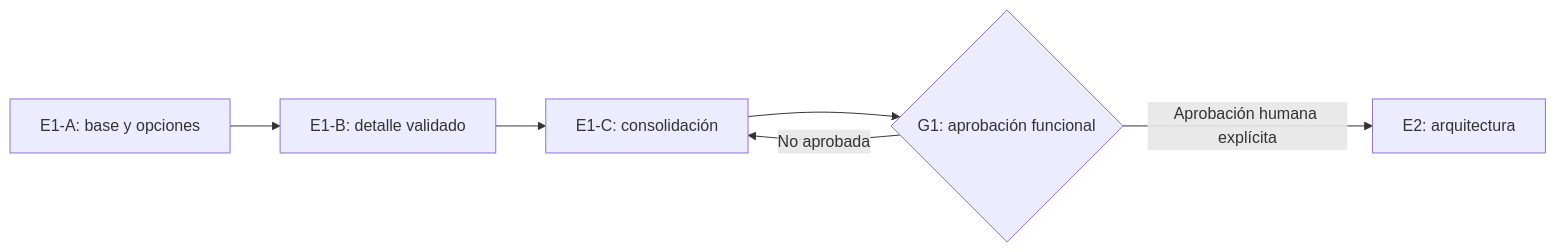
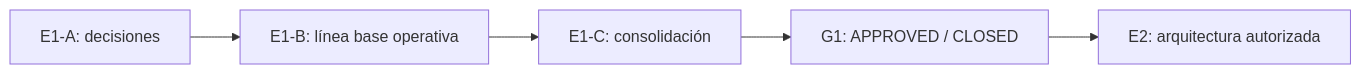
The diagram in docs/e1/00-e1-plan-and-status.md (Sherydans12/Admision-Edupay), drawn with Mermaid before and after one commit. The commit also changed other lines of this file and 16 other files, not shown here.

````diff
--- a/docs/e1/00-e1-plan-and-status.md
+++ b/docs/e1/00-e1-plan-and-status.md
@@ -39,8 +36,7 @@
 ```mermaid
 flowchart LR
-    A["E1-A: base y opciones"] --> B["E1-B: detalle validado"]
+    A["E1-A: decisiones"] --> B["E1-B: línea base operativa"]
     B --> C["E1-C: consolidación"]
-    C --> G1{"G1: aprobación funcional"}
-    G1 -->|No aprobada| C
-    G1 -->|Aprobación humana explícita| E2["E2: arquitectura"]
+    C --> G1["G1: APPROVED / CLOSED"]
+    G1 --> E2["E2: arquitectura autorizada"]
 ```
````
